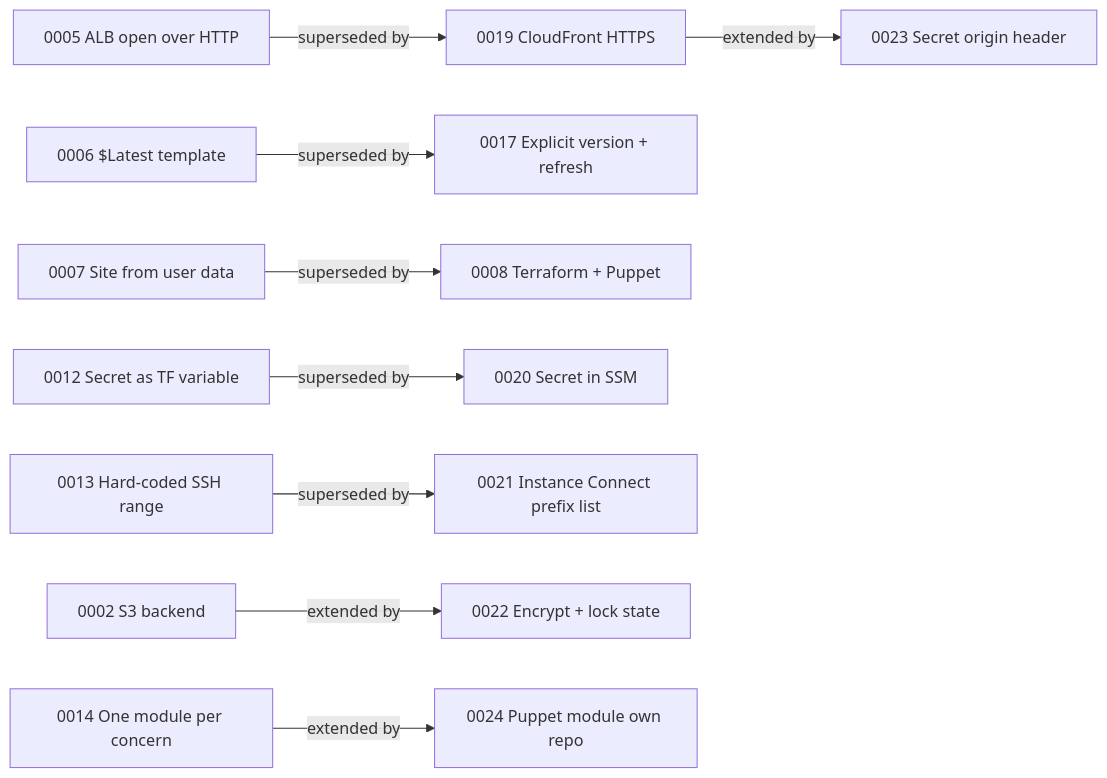
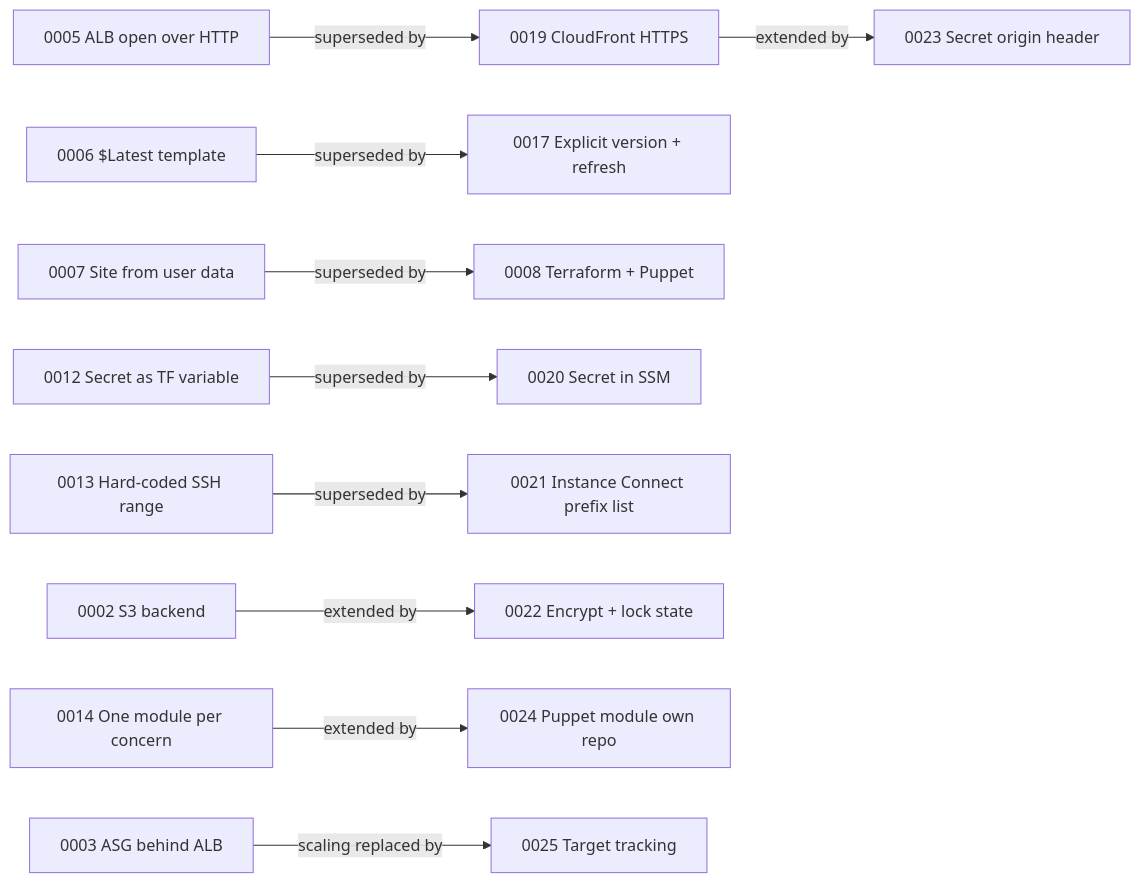
The diagram in docs/adr/README.md (sarahaziziyan/terraform-AWS-Puppet), drawn with Mermaid before and after one commit. The commit also changed other lines of this file and 18 other files, not shown here.

Commit message:
Refactor Auto Scaling Group to use Target Tracking Scaling Policy - both scale up and down

````diff
--- a/docs/adr/README.md
+++ b/docs/adr/README.md
@@ -36,11 +37,12 @@
 ```mermaid
 flowchart LR
   A5[0005 ALB open over HTTP] -->|superseded by| A19[0019 CloudFront HTTPS]
   A19 -->|extended by| A23[0023 Secret origin header]
   A6[0006 $Latest template] -->|superseded by| A17[0017 Explicit version + refresh]
   A7[0007 Site from user data] -->|superseded by| A8[0008 Terraform + Puppet]
   A12[0012 Secret as TF variable] -->|superseded by| A20[0020 Secret in SSM]
   A13[0013 Hard-coded SSH range] -->|superseded by| A21[0021 Instance Connect prefix list]
   A2[0002 S3 backend] -->|extended by| A22[0022 Encrypt + lock state]
   A14[0014 One module per concern] -->|extended by| A24[0024 Puppet module own repo]
+  A3[0003 ASG behind ALB] -->|scaling replaced by| A25[0025 Target tracking]
 ```
````
